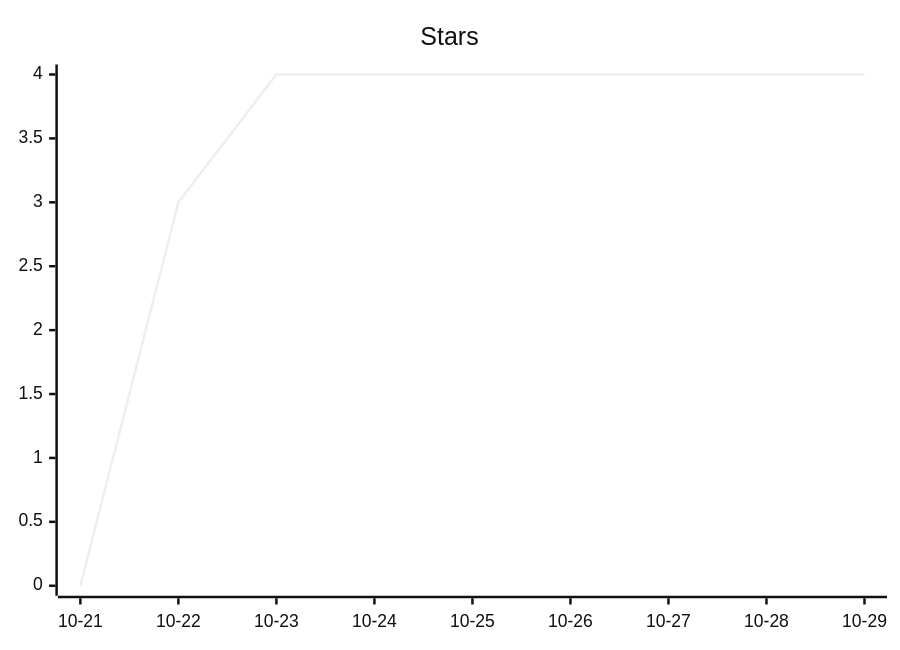
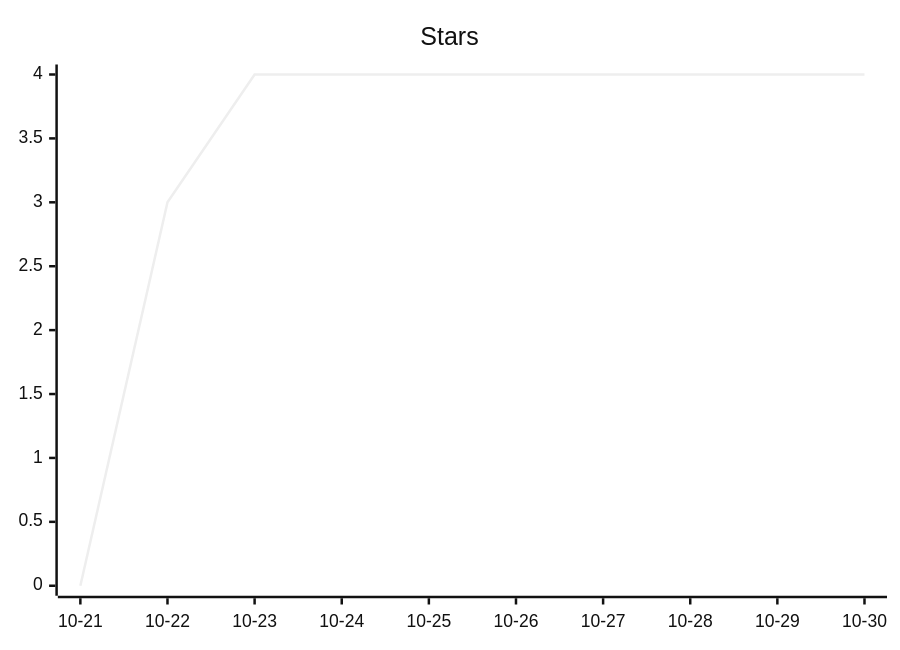
Before and after one commit to ArtemkaGoldMan/ContextSwitcher: the second of 3 diagrams in README.md, drawn with Mermaid (neutral theme). The commit also changed other lines of this file and 6 other files, not shown here.

````diff
--- a/README.md
+++ b/README.md
@@ -43,6 +43,6 @@
 ```mermaid
 xychart-beta
     title "Stars"
-    x-axis ["10-21", "10-22", "10-23", "10-24", "10-25", "10-26", "10-27", "10-28", "10-29"]
-    line [0, 3, 4, 4, 4, 4, 4, 4, 4]
+    x-axis ["10-21", "10-22", "10-23", "10-24", "10-25", "10-26", "10-27", "10-28", "10-29", "10-30"]
+    line [0, 3, 4, 4, 4, 4, 4, 4, 4, 4]
 ```
````
